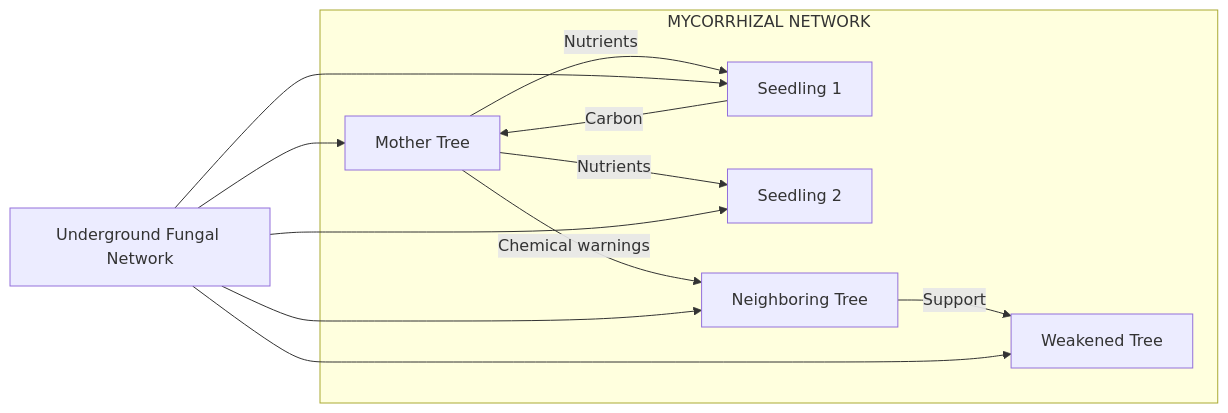
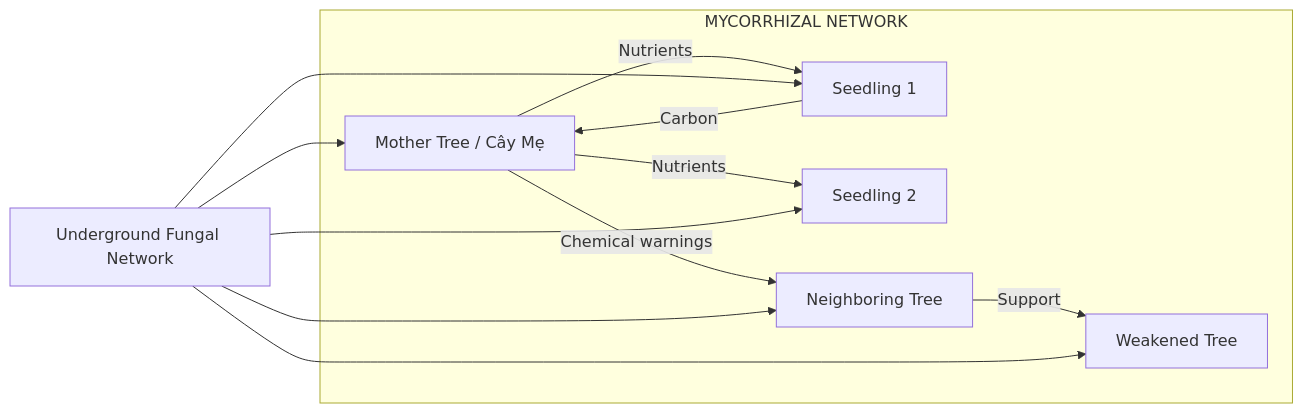
One commit to dyukahi/knowledge changed the second of 4 diagrams in esoterica/Gaia - Trái Đất Có Ý Thức.md. Above: the diagram before and after it, drawn with Mermaid. The commit also changed other lines of this file and 3 other files, not shown here.

````diff
--- a/esoterica/Gaia - Trái Đất Có Ý Thức.md
+++ b/esoterica/Gaia - Trái Đất Có Ý Thức.md
@@ -103,12 +116,12 @@
 ```mermaid
 flowchart LR
     subgraph "MYCORRHIZAL NETWORK"
-        A[Mother Tree] -->|Nutrients| B[Seedling 1]
+        A[Mother Tree / Cây Mẹ] -->|Nutrients| B[Seedling 1]
         A -->|Nutrients| C[Seedling 2]
         A -->|Chemical warnings| D[Neighboring Tree]
         B -->|Carbon| A
         D -->|Support| E[Weakened Tree]
     end
     
     F[Underground Fungal Network] --> A & B & C & D & E
 ```
````
